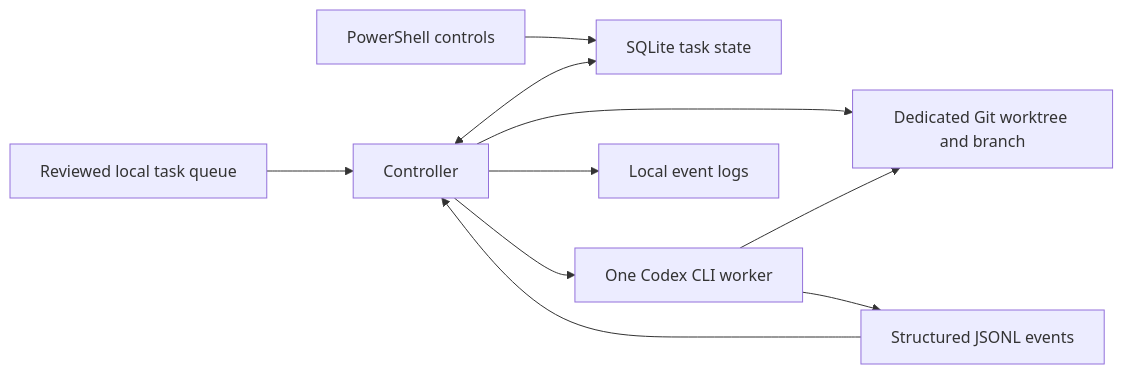
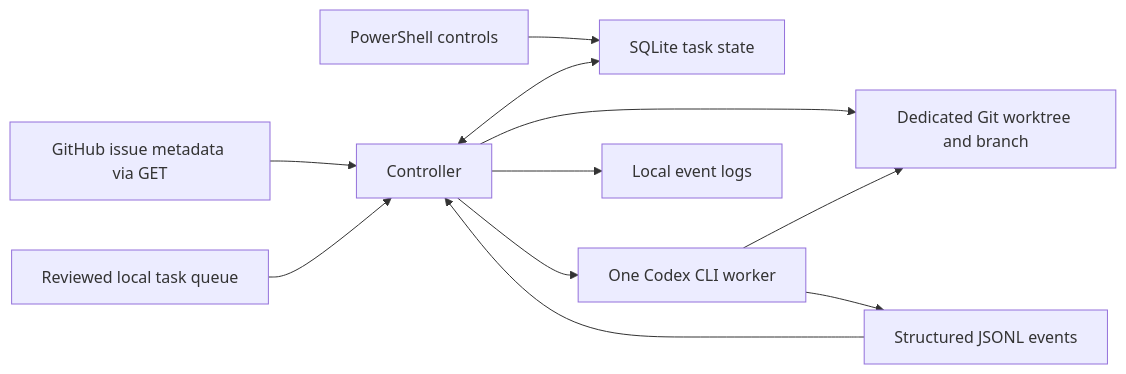
The diagram in README.md (DallasUrbanists/agent-orchestrator), drawn with Mermaid before and after one commit. The commit also changed other lines of this file and 10 other files, not shown here.

Commit message:
Poll GitHub issues and persist local claims

````diff
--- a/README.md
+++ b/README.md
@@ -101,12 +138,13 @@
 ```mermaid
 flowchart LR
-    Queue["Reviewed local task queue"] --> Controller["Controller"]
+    GitHub["GitHub issue metadata via GET"] --> Controller["Controller"]
+    Queue["Reviewed local task queue"] --> Controller
     Operator["PowerShell controls"] --> State["SQLite task state"]
     Controller <--> State
     Controller --> Worktree["Dedicated Git worktree and branch"]
     Controller --> Worker["One Codex CLI worker"]
     Worker --> Worktree
     Worker --> Events["Structured JSONL events"]
     Events --> Controller
     Controller --> Logs["Local event logs"]
 ```
````
